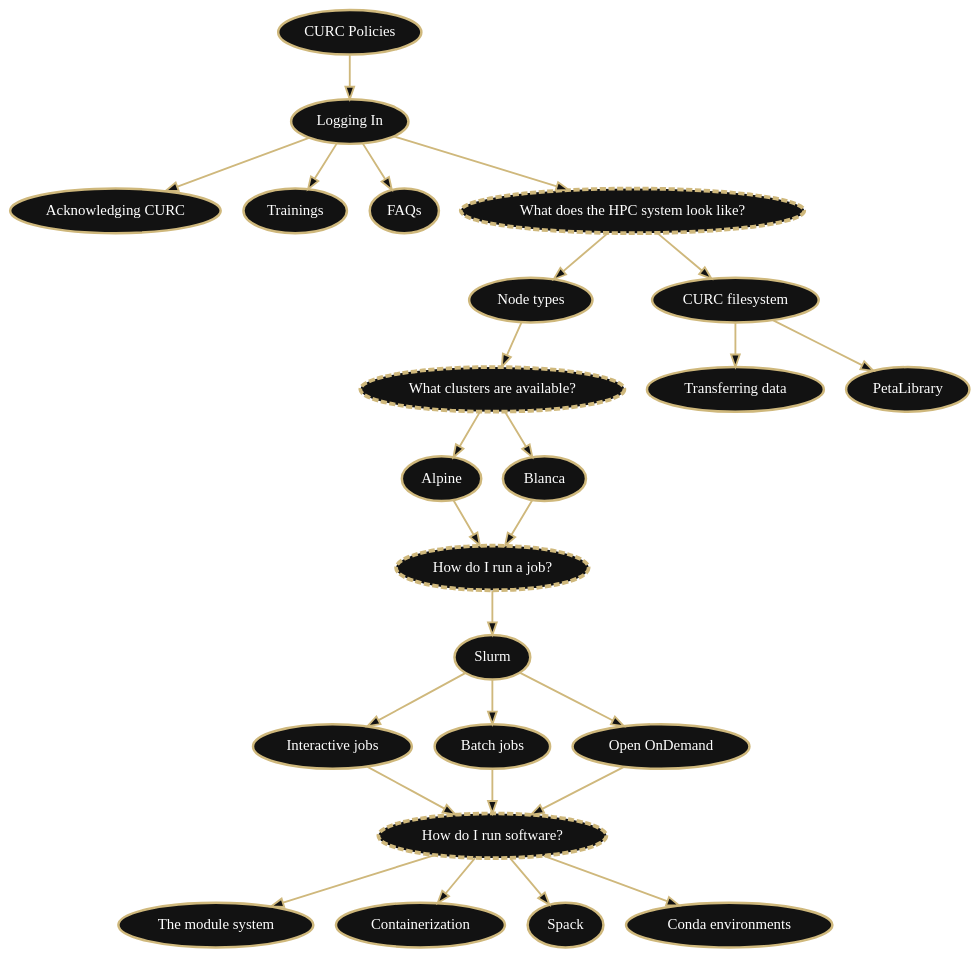
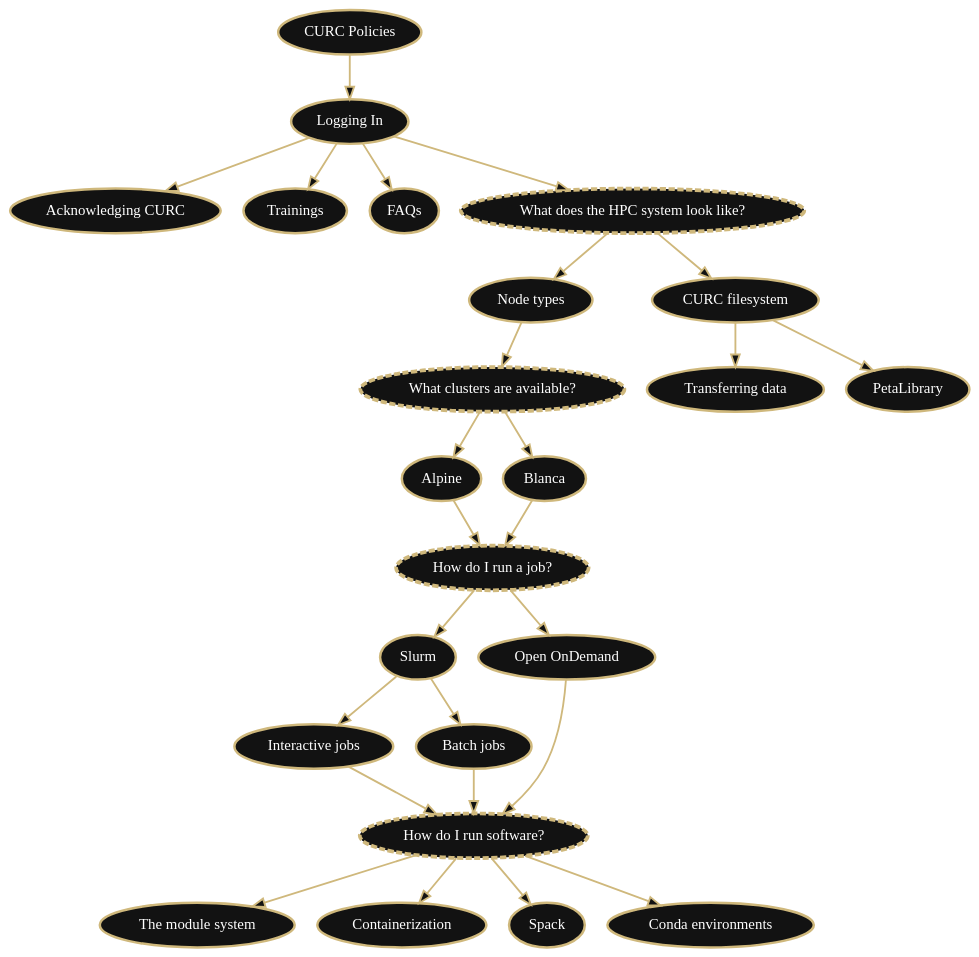
Before and after one commit to ResearchComputing/Documentation: the diagram in igraphviz_flowcharts/dot_files/getting_started_hpc_flowchart.dot, drawn with Graphviz. The commit also changed 9 other files, not shown here.

```diff
--- a/igraphviz_flowcharts/dot_files/getting_started_hpc_flowchart.dot
+++ b/igraphviz_flowcharts/dot_files/getting_started_hpc_flowchart.dot
@@ -1,57 +1,57 @@
 digraph "" {
          bgcolor="transparent";
          ranksep="0.5 equally";
          graph [id="gs-flowchart"];
          node [fontname="Verdana", fontsize="12", color="#CFB87C", style="filled", fillcolor="#121212", penwidth="2", fontcolor="white"];
          edge [color="#CFB87C", fillcolor="#121212", penwidth="1.5"];
 
          policies [label="CURC Policies", href="../additional-resources/policies.html", target="_blank", id="clickable"];
          logging_in [label="Logging In", href="../access/logging-in.html", target="_blank", id="clickable"];
          ack [label="Acknowledging CURC", href="../access/duo-2-factor-authentication.html", target="_blank", id="clickable"];
          training [label="Trainings", href="../access/logging-in.html", target="_blank", id="clickable"];
          faq [label="FAQs", href="../access/logging-in.html", target="_blank", id="clickable"];
          compute_env [label="What does the HPC system look like?", style="filled,dashed", penwidth="3"];
          running_jobs [label="How do I run a job?", style="filled,dashed", penwidth="3"];
          clusters [label="What clusters are available?", style="filled,dashed", penwidth="3"];
          node_type [label="Node types", href="../compute/node-types.html", target="_blank", id="clickable"];
          filesystem [label="CURC filesystem", href="../compute/filesystems.html", target="_blank", id="clickable"];
          data_transfer [label="Transferring data", href="../compute/data-transfer.html", target="_blank", id="clickable"];
          petalibrary [label="PetaLibrary", href="../storage/petalibrary/index.html", target="_blank", id="clickable"];
          alpine [label="Alpine", href="../clusters/alpine/index.html", target="_blank", id="clickable"];
          blanca [label="Blanca", href="../clusters/blanca/blanca.html", target="_blank", id="clickable"];
          slurm [label="Slurm", href="../running-jobs/job-resources.html", target="_blank", id="clickable"];
          interactive [label="Interactive jobs", href="../running-jobs/interactive-jobs.html", target="_blank", id="clickable"];
          batch [label="Batch jobs", href="../running-jobs/batch-jobs.html", target="_blank", id="clickable"];
          ood [label="Open OnDemand", href="../open_ondemand/index.html", target="_blank", id="clickable"];
          using_software [label="How do I run software?", style="filled,dashed", penwidth="3"];
          modules [label="The module system", href="../compute/modules.html", target="_blank", id="clickable"];
          container [label="Containerization", href="../software/containerization.html", target="_blank", id="clickable"];
          spack [label="Spack", href="../software/spack.html", target="_blank", id="clickable"];
          conda [label="Conda environments", href="../software/python.html", target="_blank", id="clickable"];
 
          policies -> logging_in; 
          logging_in -> ack; 
          logging_in -> training;
          logging_in -> faq;
          logging_in -> compute_env;
          compute_env -> node_type;
          compute_env -> filesystem;
          filesystem -> data_transfer;
          filesystem -> petalibrary;
          node_type -> clusters;
          clusters -> alpine;
          clusters -> blanca;
          alpine -> running_jobs;
          blanca -> running_jobs;
          running_jobs -> slurm;
+         running_jobs -> ood; 
          slurm -> interactive;
          slurm -> batch;
-         slurm -> ood;
          interactive -> using_software;
          batch -> using_software;
          ood -> using_software;
          using_software -> modules;
          using_software -> container;
          using_software -> spack;
          using_software -> conda;
      }
```
